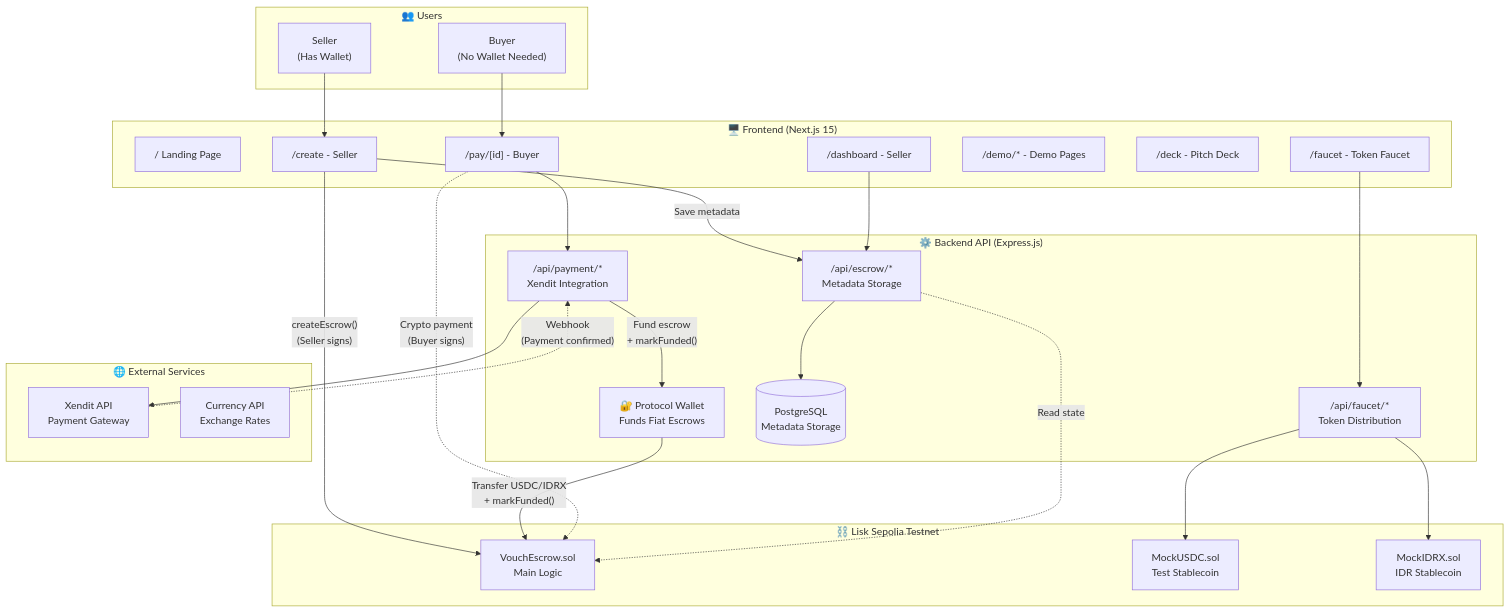
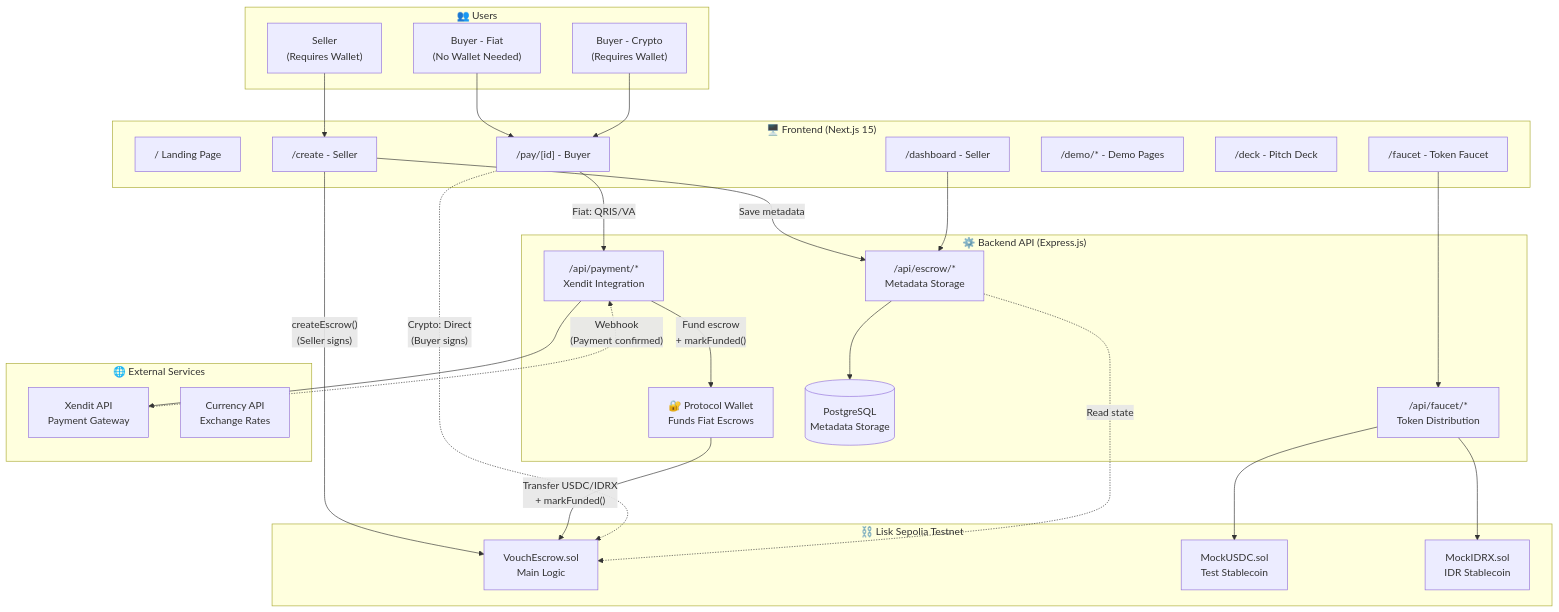
The first of 4 diagrams in README.md (pramadanif/vouch), drawn with Mermaid before and after one commit. The commit also changed other lines of this file, not shown here.

````diff
--- a/README.md
+++ b/README.md
@@ -120,61 +128,63 @@
 ```mermaid
 graph TB
     subgraph Users["👥 Users"]
-        Seller["Seller<br/>(Has Wallet)"]
-        Buyer["Buyer<br/>(No Wallet Needed)"]
+        Seller["Seller<br/>(Requires Wallet)"]
+        BuyerFiat["Buyer - Fiat<br/>(No Wallet Needed)"]
+        BuyerCrypto["Buyer - Crypto<br/>(Requires Wallet)"]
     end
 
     subgraph Frontend["🖥️ Frontend (Next.js 15)"]
         Landing["/ Landing Page"]
         Create["/create - Seller"]
         Pay["/pay/[id] - Buyer"]
         Dashboard["/dashboard - Seller"]
         Demo["/demo/* - Demo Pages"]
         Deck["/deck - Pitch Deck"]
         Faucet["/faucet - Token Faucet"]
     end
 
     subgraph Backend["⚙️ Backend API (Express.js)"]
         EscrowRoutes["/api/escrow/*<br/>Metadata Storage"]
         PaymentRoutes["/api/payment/*<br/>Xendit Integration"]
         FaucetRoutes["/api/faucet/*<br/>Token Distribution"]
         Prisma[(PostgreSQL<br/>Metadata Storage)]
         HotWallet["🔐 Protocol Wallet<br/>Funds Fiat Escrows"]
     end
 
     subgraph Blockchain["⛓️ Lisk Sepolia Testnet"]
         VouchEscrow["VouchEscrow.sol<br/>Main Logic"]
         MockUSDC["MockUSDC.sol<br/>Test Stablecoin"]
         MockIDRX["MockIDRX.sol<br/>IDR Stablecoin"]
     end
 
     subgraph External["🌐 External Services"]
         Xendit["Xendit API<br/>Payment Gateway"]
         Currency["Currency API<br/>Exchange Rates"]
     end
 
     Seller --> Create
-    Buyer --> Pay
+    BuyerFiat --> Pay
+    BuyerCrypto --> Pay
     
     %% Seller creates escrow directly on-chain
     Create -->|"createEscrow()<br/>(Seller signs)"| VouchEscrow
     Create -->|"Save metadata"| EscrowRoutes
     EscrowRoutes --> Prisma
     
-    %% Fiat payment flow
-    Pay --> PaymentRoutes
+    %% Fiat payment flow (QRIS/VA - no wallet)
+    Pay -->|"Fiat: QRIS/VA"| PaymentRoutes
     PaymentRoutes --> Xendit
     Xendit -."Webhook<br/>(Payment confirmed)".-> PaymentRoutes
     PaymentRoutes -->|"Fund escrow<br/>+ markFunded()"| HotWallet
     HotWallet -->|"Transfer USDC/IDRX<br/>+ markFunded()"| VouchEscrow
     
-    %% Crypto payment flow (direct)
-    Pay -."Crypto payment<br/>(Buyer signs)".-> VouchEscrow
+    %% Crypto payment flow (direct - requires wallet)
+    Pay -."Crypto: Direct<br/>(Buyer signs)"..-> VouchEscrow
     
     Dashboard --> EscrowRoutes
     Faucet --> FaucetRoutes
     FaucetRoutes --> MockUSDC
     FaucetRoutes --> MockIDRX
     
     EscrowRoutes -."Read state".-> VouchEscrow
 ```
````
